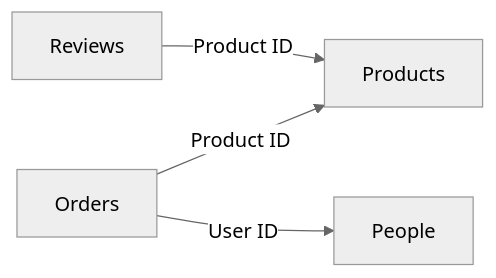
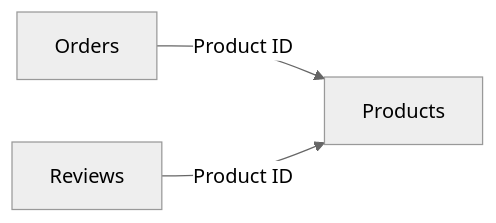
One commit to metabase/metabase changed the first of 3 diagrams in frontend/src/metabase/prototypes/notes/notes.md. Above: the diagram before and after it, drawn with Mermaid (neutral theme). The commit also changed other lines of this file, not shown here.

````diff
--- a/frontend/src/metabase/prototypes/notes/notes.md
+++ b/frontend/src/metabase/prototypes/notes/notes.md
@@ -10,6 +6,5 @@
 ```mermaid
 flowchart LR
   Orders -- Product ID --> Products
   Reviews -- Product ID --> Products
-  Orders -- User ID --> People
 ```
````
